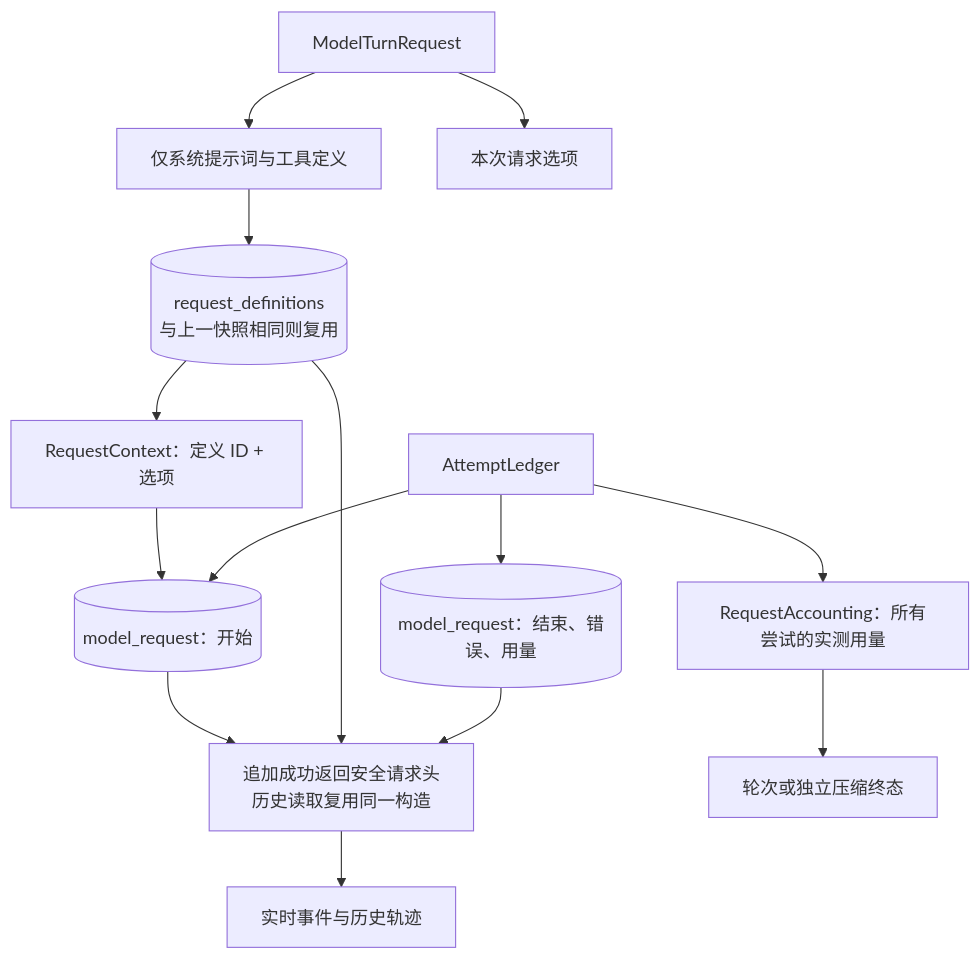
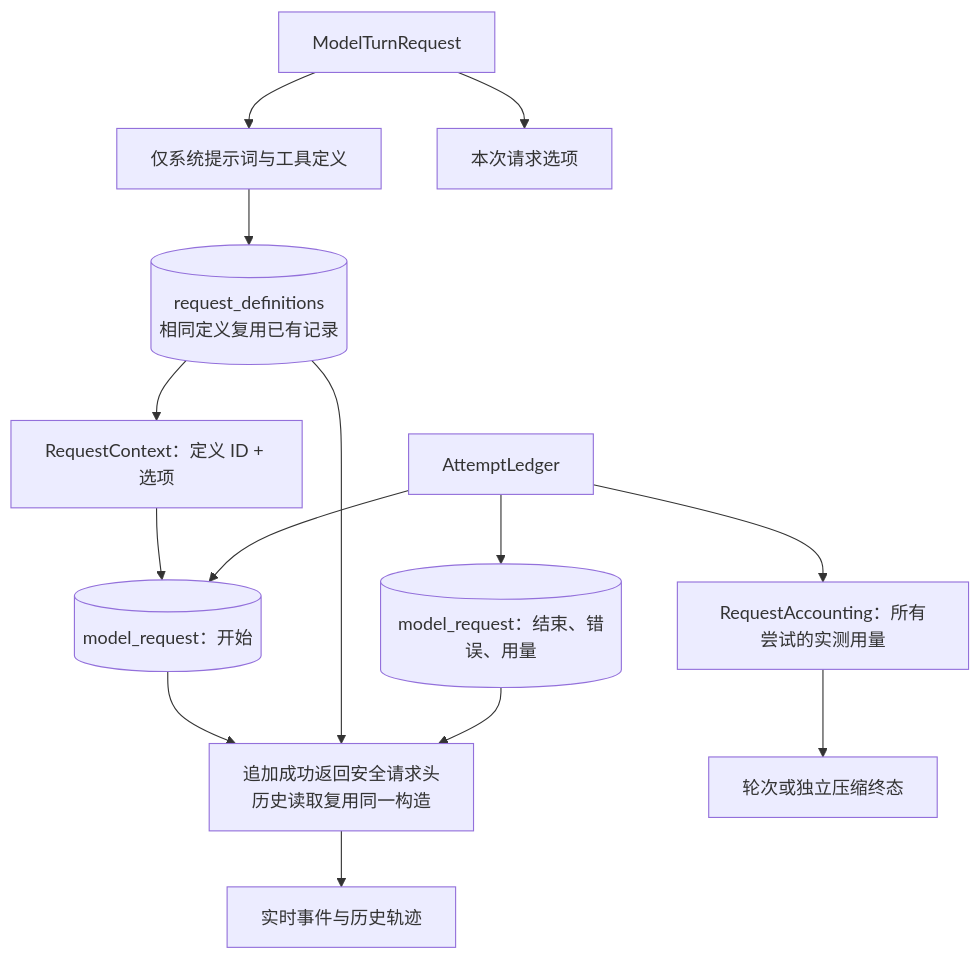
Diagram 26 of 29 in docs/architecture.md (qjcnmd/singularity-agent), drawn with Mermaid before and after one commit. The commit also changed other lines of this file and 46 other files, not shown here.

````diff
--- a/docs/architecture.md
+++ b/docs/architecture.md
@@ -713,16 +715,16 @@
 ```mermaid
 flowchart TB
     Request["ModelTurnRequest"] --> Definitions["仅系统提示词与工具定义"]
-    Definitions --> Snapshot[("request_definitions<br/>与上一快照相同则复用")]
+    Definitions --> Snapshot[("request_definitions<br/>相同定义复用已有记录")]
     Request --> Preferences["本次请求选项"]
     Snapshot --> Reference["RequestContext：定义 ID + 选项"]
     Reference --> Start[("model_request：开始")]
     Attempt["AttemptLedger"] --> Start
     Attempt --> End[("model_request：结束、错误、用量")]
     Start --> Head["追加成功返回安全请求头<br/>历史读取复用同一构造"]
     Snapshot --> Head
     End --> Head
     Head --> UI["实时事件与历史轨迹"]
     Attempt --> Usage["RequestAccounting：所有尝试的实测用量"]
     Usage --> Terminal["轮次或独立压缩终态"]
 ```
````
